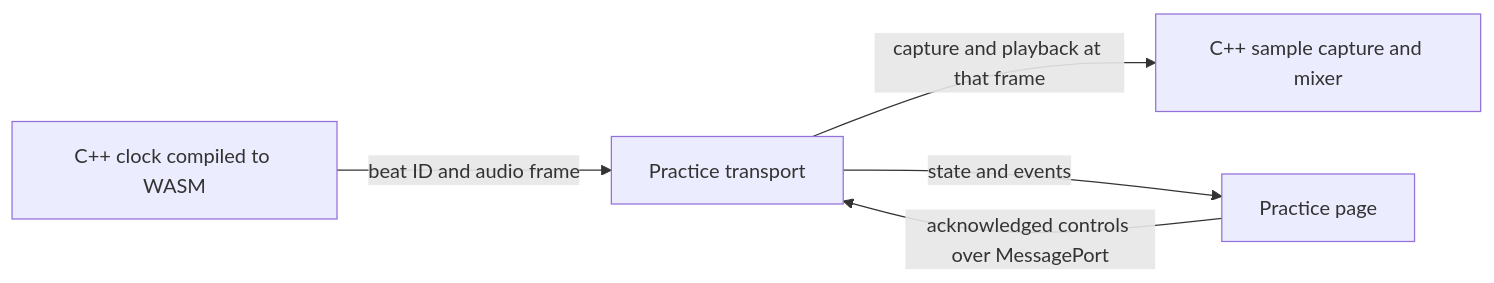
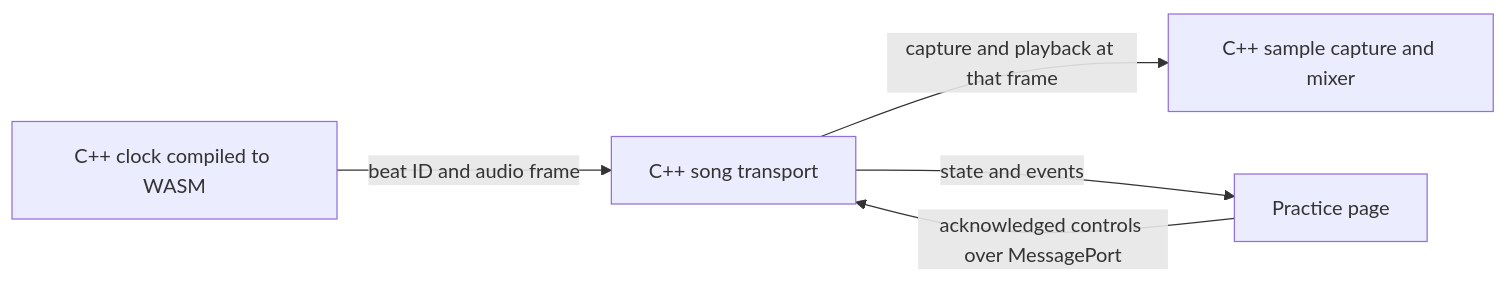
Before and after one commit to anulman/show-tools: the third of 3 diagrams in docs/architecture.md, drawn with Mermaid. The commit also changed other lines of this file and 49 other files, not shown here.

Commit message:
Run transport sequencing chart actions and clicks in shared C++ engine

````diff
--- a/docs/architecture.md
+++ b/docs/architecture.md
@@ -30,7 +30,7 @@
 ```mermaid
 flowchart LR
-	clock["C++ clock compiled to WASM"] -->|"beat ID and audio frame"| transport["Practice transport"]
+	clock["C++ clock compiled to WASM"] -->|"beat ID and audio frame"| transport["C++ song transport"]
 	transport -->|"capture and playback at that frame"| samples["C++ sample capture and mixer"]
 	ui["Practice page"] -->|"acknowledged controls over MessagePort"| transport
 	transport -->|"state and events"| ui
 ```
````
